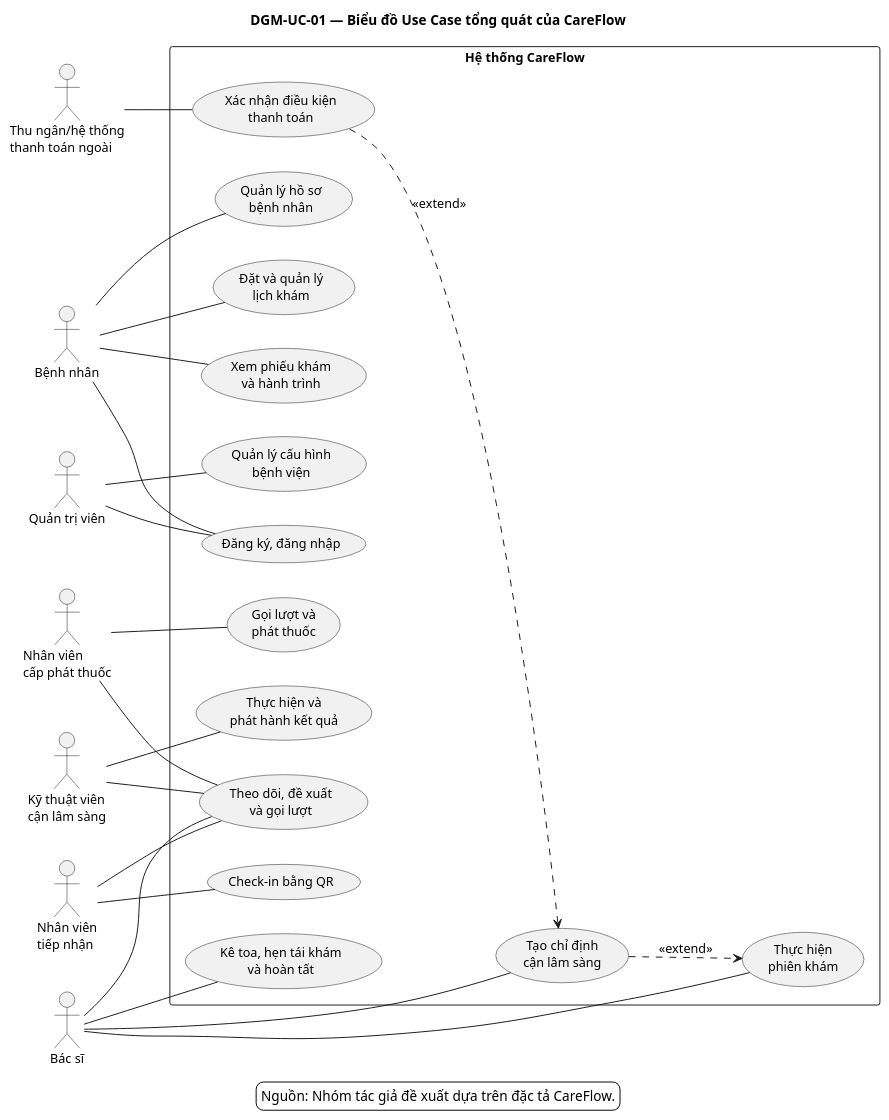
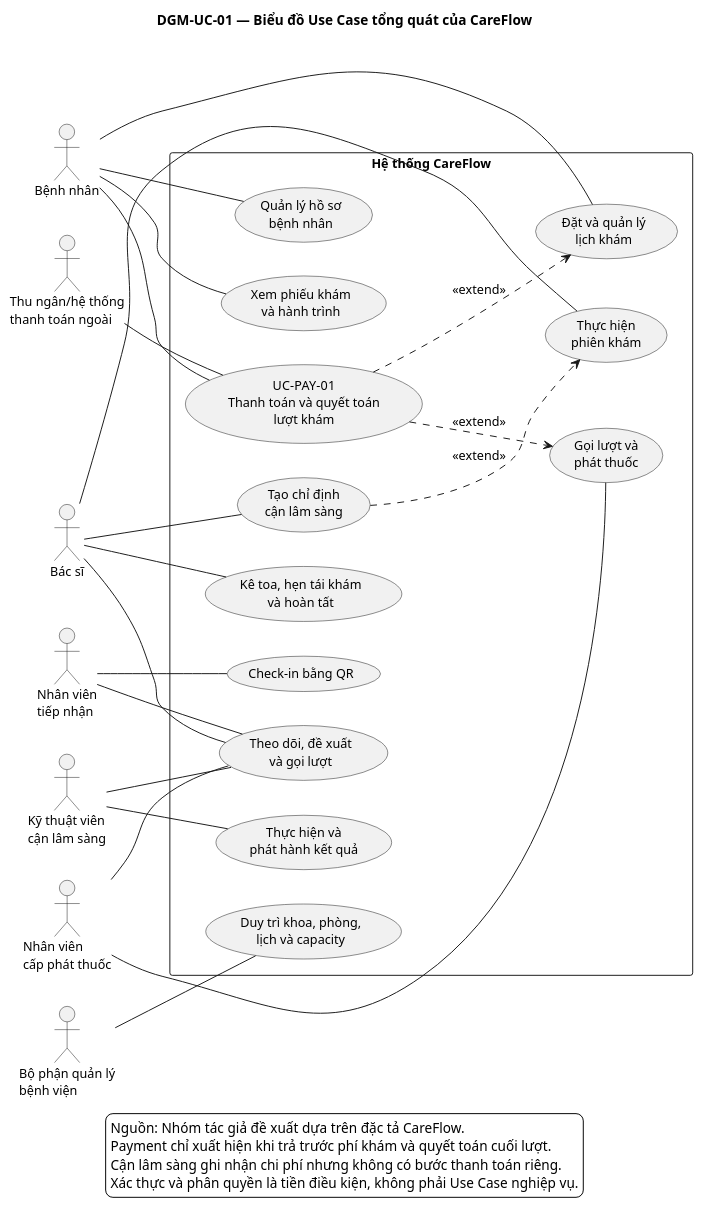
Before and after one commit to ntkhai268/careflow: the diagram in docs/report/chapter-03/diagrams/use-case/dgm-uc-01-overall.puml, drawn with PlantUML. The commit also changed 26 other files, not shown here.

Commit message:
docs: align report with self-pay settlement flow

```diff
--- a/docs/report/chapter-03/diagrams/use-case/dgm-uc-01-overall.puml
+++ b/docs/report/chapter-03/diagrams/use-case/dgm-uc-01-overall.puml
@@ -1,64 +1,66 @@
 @startuml
 title DGM-UC-01 — Biểu đồ Use Case tổng quát của CareFlow
 
 left to right direction
 skinparam backgroundColor white
 skinparam shadowing false
 skinparam defaultFontName Arial
 skinparam defaultFontSize 13
 skinparam packageStyle rectangle
 
 actor "Bệnh nhân" as Patient
 actor "Bác sĩ" as Doctor
 actor "Nhân viên\ntiếp nhận" as Reception
 actor "Kỹ thuật viên\ncận lâm sàng" as LabTech
 actor "Nhân viên\ncấp phát thuốc" as PharmacyStaff
-actor "Quản trị viên" as Admin
+actor "Bộ phận quản lý\nbệnh viện" as Management
 actor "Thu ngân/hệ thống\nthanh toán ngoài" as Payment
 
 rectangle "Hệ thống CareFlow" {
-  usecase "Đăng ký, đăng nhập" as UCAuth
   usecase "Quản lý hồ sơ\nbệnh nhân" as UCProfile
   usecase "Đặt và quản lý\nlịch khám" as UCAppointment
   usecase "Xem phiếu khám\nvà hành trình" as UCJourney
   usecase "Check-in bằng QR" as UCCheckIn
   usecase "Theo dõi, đề xuất\nvà gọi lượt" as UCQueue
   usecase "Thực hiện\nphiên khám" as UCConsultation
   usecase "Tạo chỉ định\ncận lâm sàng" as UCOrder
   usecase "Thực hiện và\nphát hành kết quả" as UCResult
   usecase "Kê toa, hẹn tái khám\nvà hoàn tất" as UCPrescription
   usecase "Gọi lượt và\nphát thuốc" as UCDispense
-  usecase "Quản lý cấu hình\nbệnh viện" as UCConfig
-  usecase "Xác nhận điều kiện\nthanh toán" as UCPayment
+  usecase "Duy trì khoa, phòng,\nlịch và capacity" as UCConfig
+  usecase "UC-PAY-01\nThanh toán và quyết toán\nlượt khám" as UCPayment
 }
 
-Patient -- UCAuth
 Patient -- UCProfile
 Patient -- UCAppointment
 Patient -- UCJourney
+Patient -- UCPayment
 
 Reception -- UCCheckIn
 Reception -- UCQueue
 
 Doctor -- UCQueue
 Doctor -- UCConsultation
 Doctor -- UCOrder
 Doctor -- UCPrescription
 
 LabTech -- UCQueue
 LabTech -- UCResult
 
 PharmacyStaff -- UCQueue
 PharmacyStaff -- UCDispense
 
-Admin -- UCAuth
-Admin -- UCConfig
+Management -- UCConfig
 
 Payment -- UCPayment
-UCPayment ..> UCOrder : <<extend>>
+UCPayment ..> UCAppointment : <<extend>>
+UCPayment ..> UCDispense : <<extend>>
 UCOrder ..> UCConsultation : <<extend>>
 
 legend bottom
   Nguồn: Nhóm tác giả đề xuất dựa trên đặc tả CareFlow.
+  Payment chỉ xuất hiện khi trả trước phí khám và quyết toán cuối lượt.
+  Cận lâm sàng ghi nhận chi phí nhưng không có bước thanh toán riêng.
+  Xác thực và phân quyền là tiền điều kiện, không phải Use Case nghiệp vụ.
 endlegend
 @enduml
```
